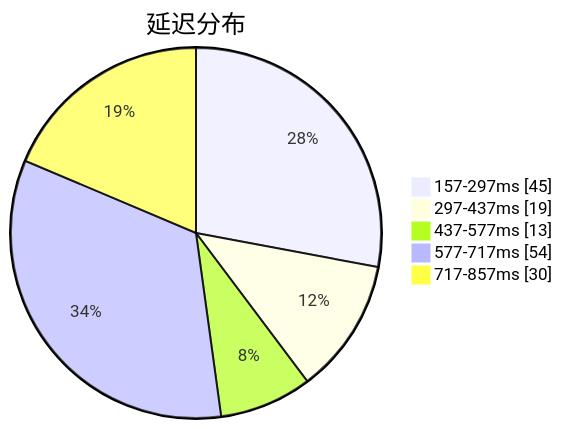
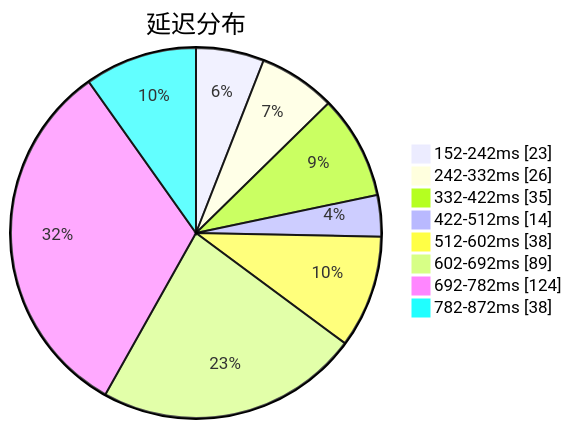
One commit to qjlxg/airport changed the first of 3 diagrams in subs/statistics/tested_within.md. Above: the diagram before and after it, drawn with Mermaid. The commit also changed other lines of this file and 2 other files, not shown here.

Commit message:
Tested by metaST

````diff
--- a/subs/statistics/tested_within.md
+++ b/subs/statistics/tested_within.md
@@ -2,9 +2,12 @@
 ```mermaid
 pie showData
 title 延迟分布
-"157-297ms" : 45
-"297-437ms" : 19
-"437-577ms" : 13
-"577-717ms" : 54
-"717-857ms" : 30
+"152-242ms" : 23
+"242-332ms" : 26
+"332-422ms" : 35
+"422-512ms" : 14
+"512-602ms" : 38
+"602-692ms" : 89
+"692-782ms" : 124
+"782-872ms" : 38
 ```
````
